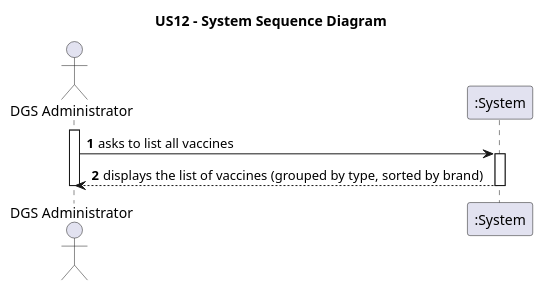
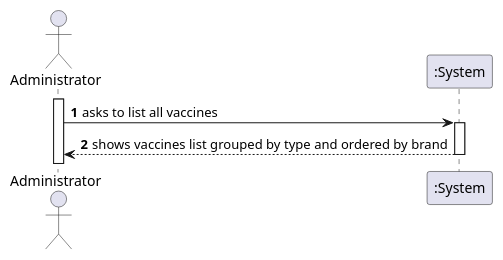
Before and after one commit to luluisfcm/leti-esoft-25-26-B5: the diagram in docs/system-documentation/US12/puml/US12-SSD.puml, drawn with PlantUML. The commit also changed 13 other files, not shown here.

```diff
--- a/docs/system-documentation/US12/puml/US12-SSD.puml
+++ b/docs/system-documentation/US12/puml/US12-SSD.puml
@@ -1,16 +1,15 @@
 @startuml
-title US12 - System Sequence Diagram
+'https://plantuml.com/sequence-diagram
+
+autoactivate on
 autonumber
 
-actor "DGS Administrator" as ADM
-participant ":System" as SYS
+actor "Administrator" as Admin
+participant ":System" as System
 
-activate ADM
-ADM -> SYS : asks to list all vaccines
-activate SYS
+activate Admin
 
-SYS --> ADM : displays the list of vaccines (grouped by type, sorted by brand)
-deactivate SYS
-deactivate ADM
+Admin -> System: asks to list all vaccines
+System --> Admin: shows vaccines list grouped by type and ordered by brand
 
 @enduml
```
